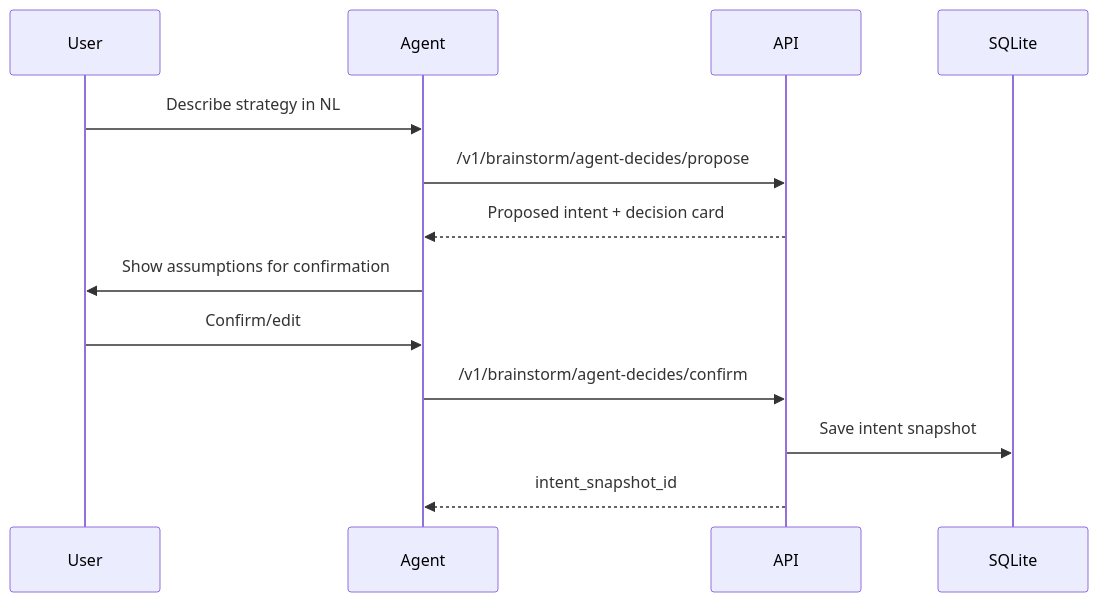
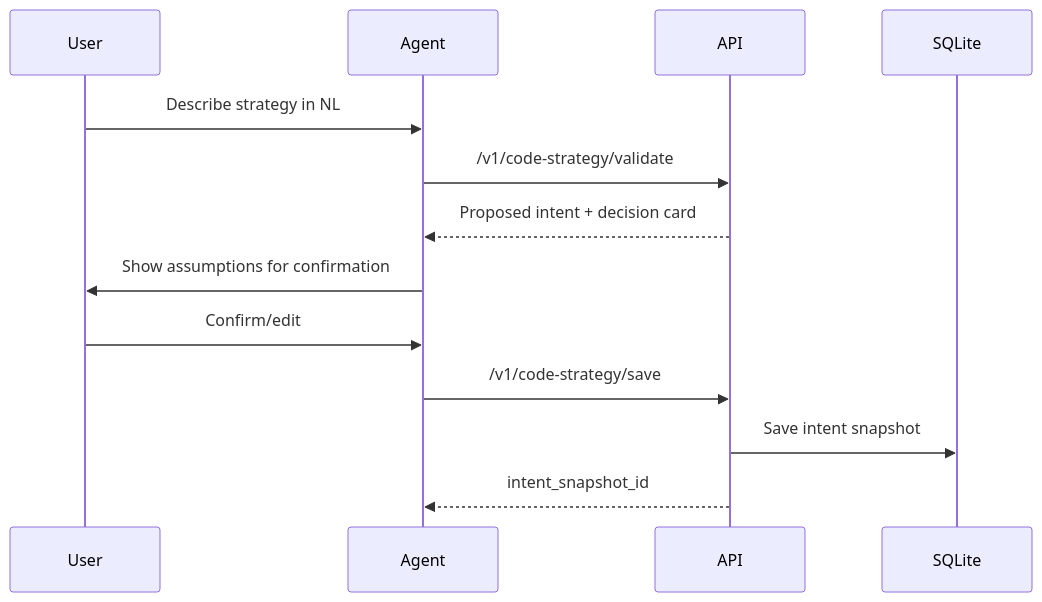
One commit to AryamaVMurthy/Fin-Agent changed the third of 4 diagrams in DESIGN.md. Above: the diagram before and after it, drawn with Mermaid. The commit also changed other lines of this file and 22 other files, not shown here.

Commit message:
feat: complete stage-1 agentic tuning and remove legacy intent flow

````diff
--- a/DESIGN.md
+++ b/DESIGN.md
@@ -328,16 +330,16 @@
 ```mermaid
 sequenceDiagram
     participant User
     participant Agent
     participant API
     participant DB as SQLite
 
     User->>Agent: Describe strategy in NL
-    Agent->>API: /v1/brainstorm/agent-decides/propose
+    Agent->>API: /v1/code-strategy/validate
     API-->>Agent: Proposed intent + decision card
     Agent->>User: Show assumptions for confirmation
     User->>Agent: Confirm/edit
-    Agent->>API: /v1/brainstorm/agent-decides/confirm
+    Agent->>API: /v1/code-strategy/save
     API->>DB: Save intent snapshot
     API-->>Agent: intent_snapshot_id
 ```
````
